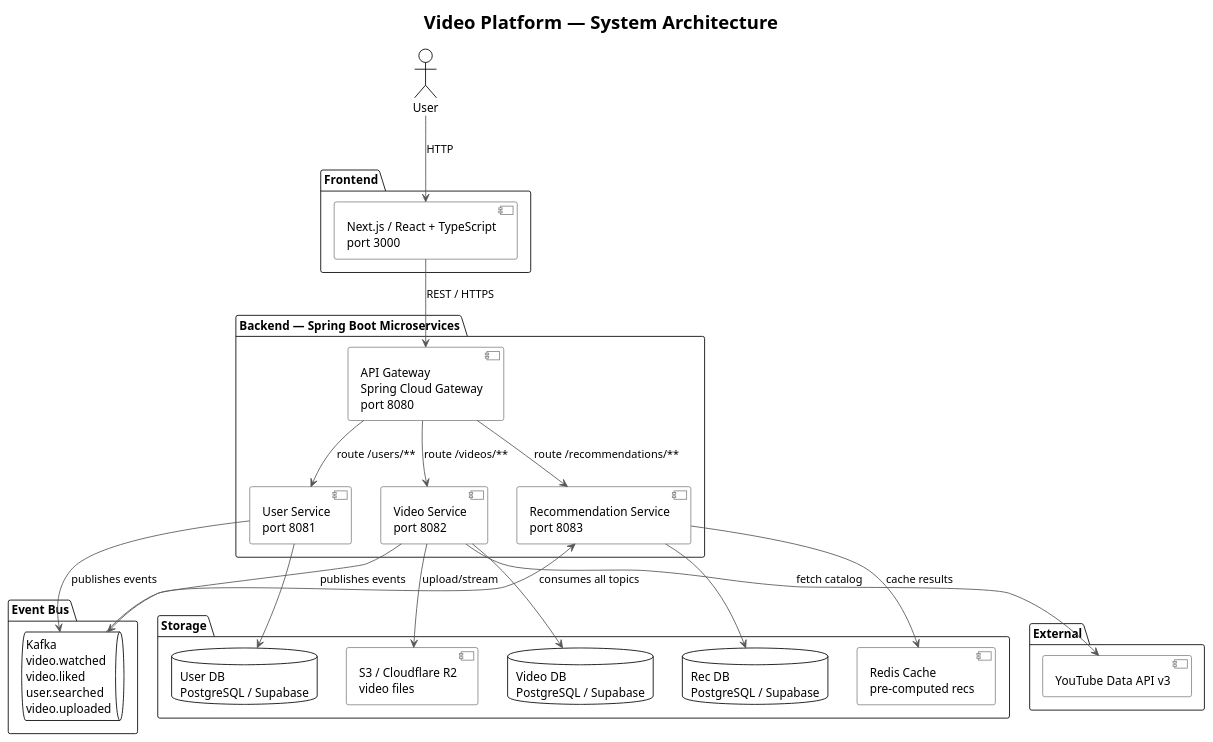
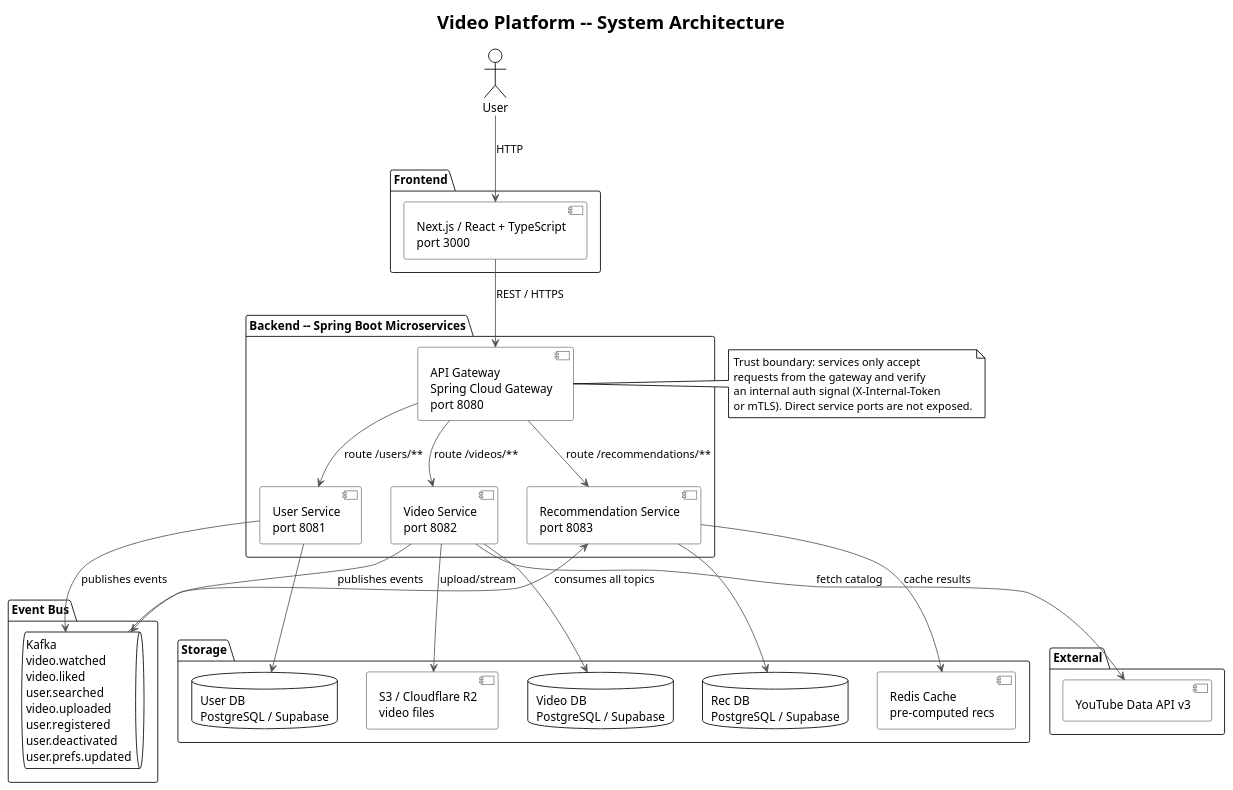
One commit to AmnsAmr/recommendation_sys changed the diagram in uml/01_system_architecture.puml. Above: the diagram before and after it, drawn with PlantUML. The commit also changed 18 other files, not shown here.

```diff
--- a/uml/01_system_architecture.puml
+++ b/uml/01_system_architecture.puml
@@ -1,57 +1,64 @@
 @startuml System Architecture
 !theme plain
 skinparam backgroundColor #FFFFFF
 skinparam defaultFontName Arial
 skinparam ArrowColor #555555
 skinparam componentBorderColor #888888
 
-title Video Platform — System Architecture
+title Video Platform -- System Architecture
 
 actor "User" as user
 
 package "Frontend" {
   [Next.js / React + TypeScript\nport 3000] as frontend
 }
 
-package "Backend — Spring Boot Microservices" {
+package "Backend -- Spring Boot Microservices" {
   [API Gateway\nSpring Cloud Gateway\nport 8080] as gateway
 
   [User Service\nport 8081] as userSvc
   [Video Service\nport 8082] as videoSvc
   [Recommendation Service\nport 8083] as recSvc
 }
 
 package "Event Bus" {
-  queue "Kafka\nvideo.watched\nvideo.liked\nuser.searched\nvideo.uploaded" as kafka
+  queue "Kafka\nvideo.watched\nvideo.liked\nuser.searched\nvideo.uploaded\nuser.registered\nuser.deactivated\nuser.prefs.updated" as kafka
 }
 
 package "Storage" {
   database "User DB\nPostgreSQL / Supabase" as userDb
   database "Video DB\nPostgreSQL / Supabase" as videoDb
   database "Rec DB\nPostgreSQL / Supabase" as recDb
   [Redis Cache\npre-computed recs] as redis
   [S3 / Cloudflare R2\nvideo files] as s3
 }
 
 package "External" {
   [YouTube Data API v3] as ytApi
 }
 
 user --> frontend : HTTP
 frontend --> gateway : REST / HTTPS
 gateway --> userSvc : route /users/**
 gateway --> videoSvc : route /videos/**
 gateway --> recSvc : route /recommendations/**
 
+note right of gateway
+  Trust boundary: services only accept
+  requests from the gateway and verify
+  an internal auth signal (X-Internal-Token
+  or mTLS). Direct service ports are not exposed.
+end note
+
 userSvc --> userDb
 videoSvc --> videoDb
 videoSvc --> s3 : upload/stream
 videoSvc --> ytApi : fetch catalog
 recSvc --> recDb
 recSvc --> redis : cache results
 
 videoSvc --> kafka : publishes events
 userSvc --> kafka : publishes events
 kafka --> recSvc : consumes all topics
 
 @enduml
```
